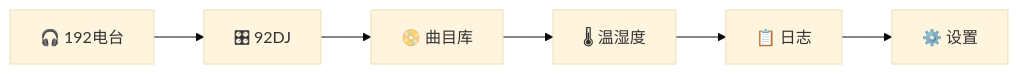
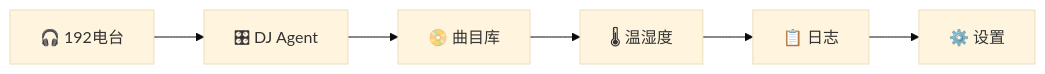
One commit to llinzzi/slumbercube-server changed the third of 7 diagrams in README.md. Above: the diagram before and after it, drawn with Mermaid (base theme). The commit also changed other lines of this file and 6 other files, not shown here.

````diff
--- a/README.md
+++ b/README.md
@@ -85,4 +85,4 @@
 ```mermaid
 graph LR
-  H[🎧 192电台] --> DJ[🎛 92DJ] --> L[📀 曲目库] --> T[🌡 温湿度] --> LG[📋 日志] --> S[⚙️ 设置]
+  H[🎧 192电台] --> DJ[🎛 DJ Agent] --> L[📀 曲目库] --> T[🌡 温湿度] --> LG[📋 日志] --> S[⚙️ 设置]
 ```
````
